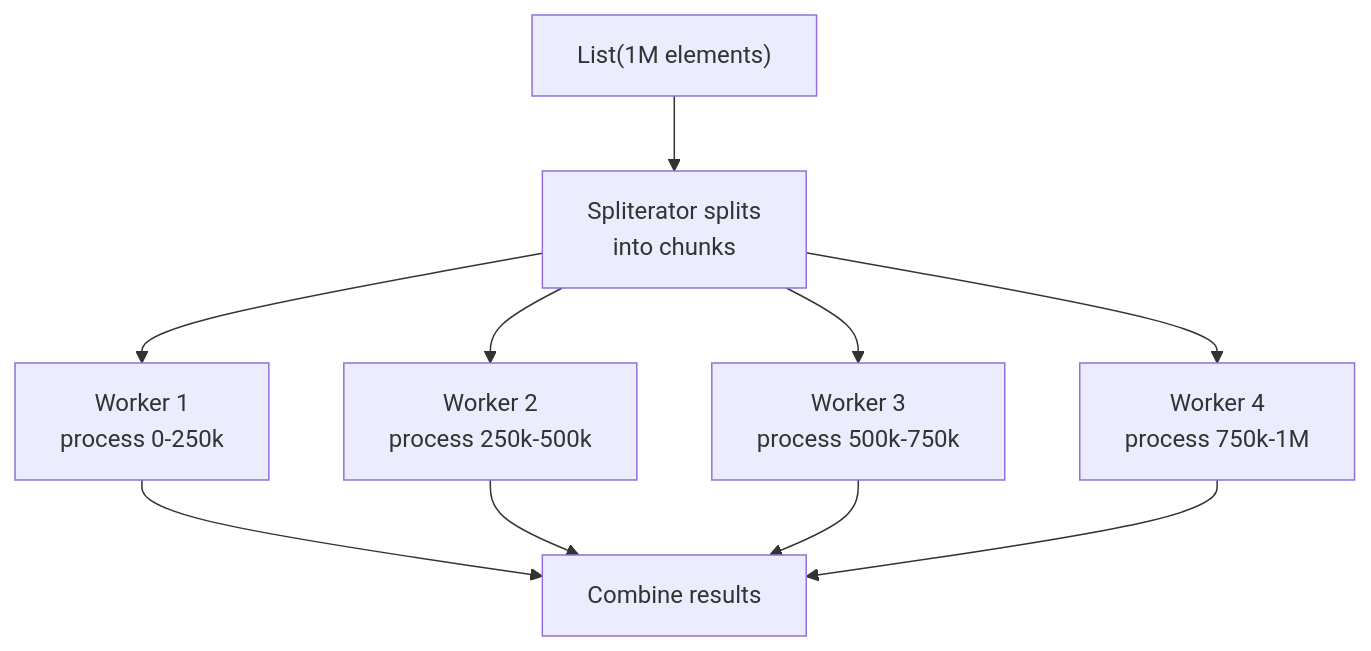
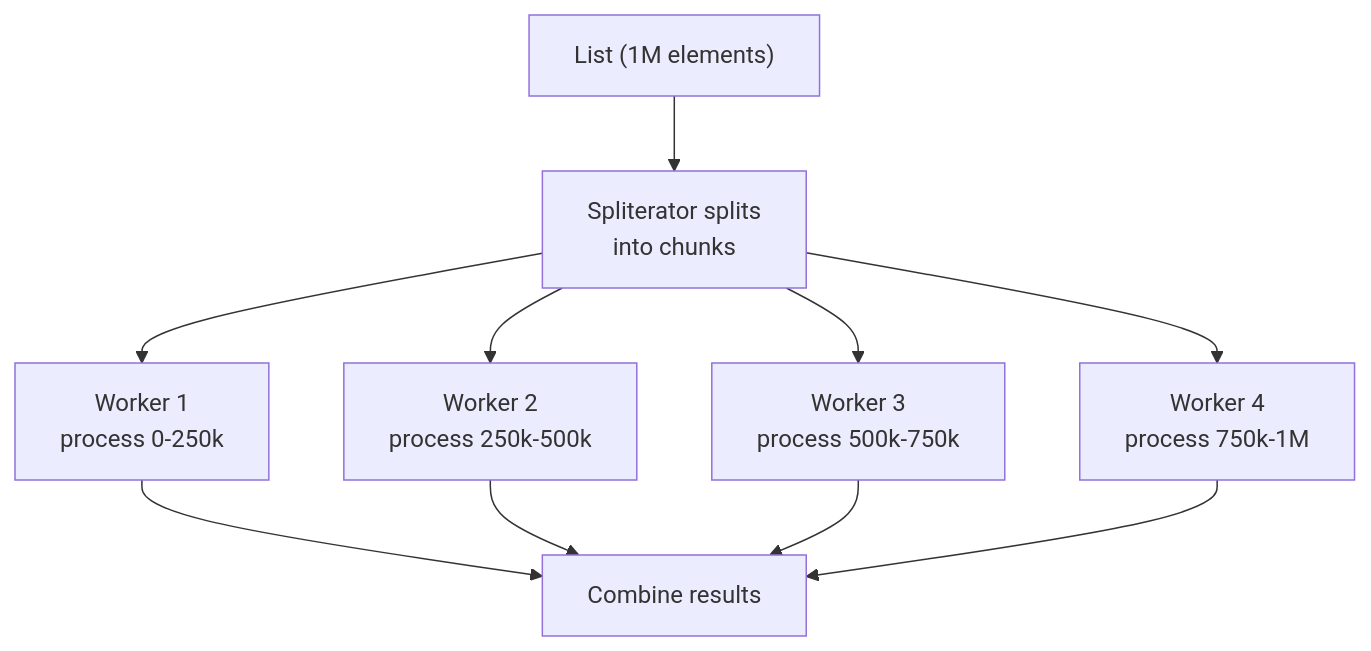
The diagram in content/questions/fundamentals/parallel-streams.md (pploc/swe-icon-the-moment), drawn with Mermaid before and after one commit. The commit also changed 95 other files, not shown here.

Commit message:
fix: update the practice mode diagram bug not display

````diff
--- a/content/questions/fundamentals/parallel-streams.md
+++ b/content/questions/fundamentals/parallel-streams.md
@@ -20,11 +20,12 @@
 ```mermaid
 flowchart TD
-    Source["List(1M elements)"] --> Split["Spliterator splits\ninto chunks"]
+    Source["List (1M elements)"] --> Split["Spliterator splits\ninto chunks"]
     Split --> T1["Worker 1\nprocess 0-250k"]
     Split --> T2["Worker 2\nprocess 250k-500k"]
     Split --> T3["Worker 3\nprocess 500k-750k"]
     Split --> T4["Worker 4\nprocess 750k-1M"]
     T1 & T2 & T3 & T4 --> Merge["Combine results"]
 
 
+
 ```
````
